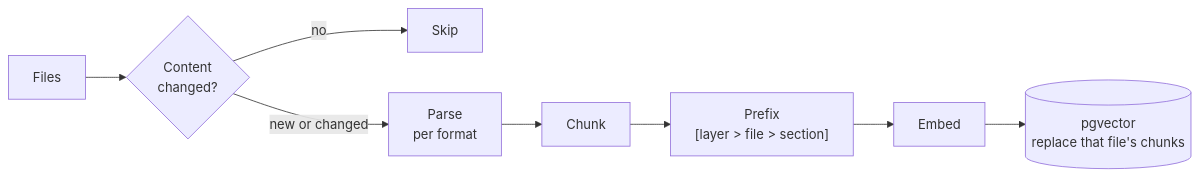
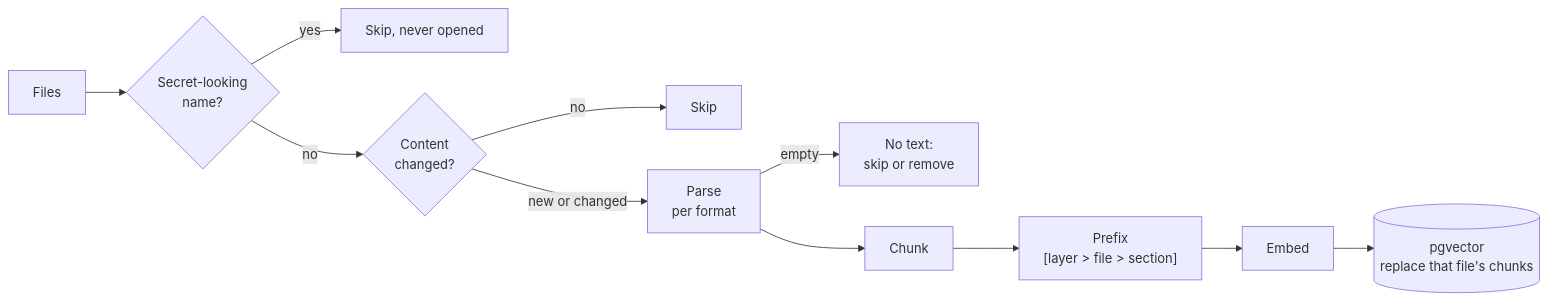
The third of 6 diagrams in README.md (boudou/StrataKB), drawn with Mermaid before and after one commit. The commit also changed other lines of this file and 7 other files, not shown here.

````diff
--- a/README.md
+++ b/README.md
@@ -53,6 +53,10 @@
 ```mermaid
 flowchart LR
-    f["Files"] --> h{"Content<br/>changed?"}
+    f["Files"] --> n{"Secret-looking<br/>name?"}
+    n -->|"yes"| k["Skip, never opened"]
+    n -->|"no"| h{"Content<br/>changed?"}
     h -->|"no"| s["Skip"]
-    h -->|"new or changed"| p["Parse<br/>per format"] --> c["Chunk"] --> x["Prefix<br/>[layer > file > section]"] --> e["Embed"] --> v[("pgvector<br/>replace that file's chunks")]
+    h -->|"new or changed"| p["Parse<br/>per format"]
+    p -->|"empty"| t["No text:<br/>skip or remove"]
+    p --> c["Chunk"] --> x["Prefix<br/>[layer > file > section]"] --> e["Embed"] --> v[("pgvector<br/>replace that file's chunks")]
 ```
````
